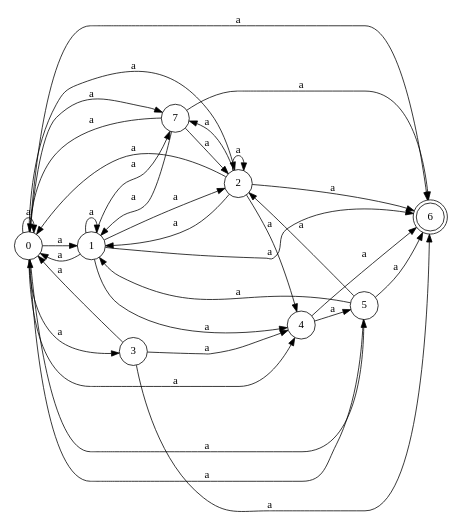
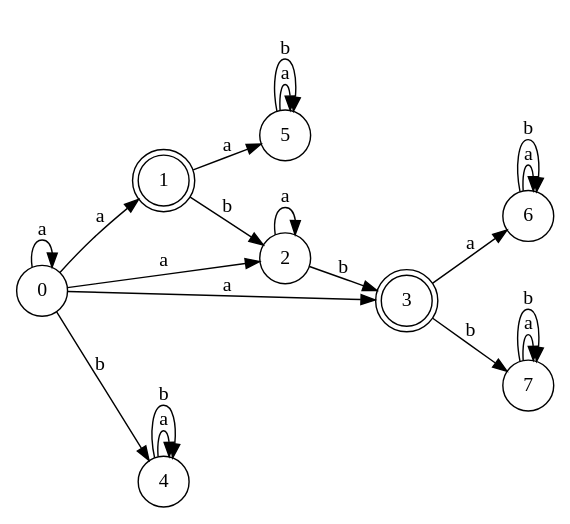
The diagram in Theorie_Langages/TP/img/automaton.dot (Nooosky/Licence3), drawn with Graphviz before and after one commit. The commit also changed 10 other files, not shown here.

```diff
--- a/Theorie_Langages/TP/img/automaton.dot
+++ b/Theorie_Langages/TP/img/automaton.dot
@@ -1,39 +1,25 @@
 digraph finite_state_machine {
 	rankdir=LR;
 	size="8,5";
-	node [shape = doublecircle]; 6;
+	node [shape = doublecircle]; 1 3;
 	node [shape = circle];
-	0 -> 0 [ label = "a" ];
 	0 -> 1 [ label = "a" ];
 	0 -> 2 [ label = "a" ];
 	0 -> 3 [ label = "a" ];
-	0 -> 4 [ label = "a" ];
-	0 -> 5 [ label = "a" ];
-	0 -> 6 [ label = "a" ];
-	0 -> 7 [ label = "a" ];
-	1 -> 0 [ label = "a" ];
-	1 -> 1 [ label = "a" ];
-	1 -> 2 [ label = "a" ];
-	1 -> 4 [ label = "a" ];
-	1 -> 6 [ label = "a" ];
-	1 -> 7 [ label = "a" ];
-	2 -> 0 [ label = "a" ];
-	2 -> 1 [ label = "a" ];
+	0 -> 0 [ label = "a" ];
+	0 -> 4 [ label = "b" ];
+	1 -> 5 [ label = "a" ];
+	1 -> 2 [ label = "b" ];
 	2 -> 2 [ label = "a" ];
-	2 -> 4 [ label = "a" ];
-	2 -> 6 [ label = "a" ];
-	2 -> 7 [ label = "a" ];
-	3 -> 0 [ label = "a" ];
-	3 -> 4 [ label = "a" ];
+	2 -> 3 [ label = "b" ];
 	3 -> 6 [ label = "a" ];
-	4 -> 5 [ label = "a" ];
-	4 -> 6 [ label = "a" ];
-	5 -> 0 [ label = "a" ];
-	5 -> 1 [ label = "a" ];
-	5 -> 2 [ label = "a" ];
-	5 -> 6 [ label = "a" ];
-	7 -> 0 [ label = "a" ];
-	7 -> 1 [ label = "a" ];
-	7 -> 2 [ label = "a" ];
-	7 -> 6 [ label = "a" ];
+	3 -> 7 [ label = "b" ];
+	4 -> 4 [ label = "a" ];
+	4 -> 4 [ label = "b" ];
+	5 -> 5 [ label = "a" ];
+	5 -> 5 [ label = "b" ];
+	6 -> 6 [ label = "a" ];
+	6 -> 6 [ label = "b" ];
+	7 -> 7 [ label = "a" ];
+	7 -> 7 [ label = "b" ];
 }
```
